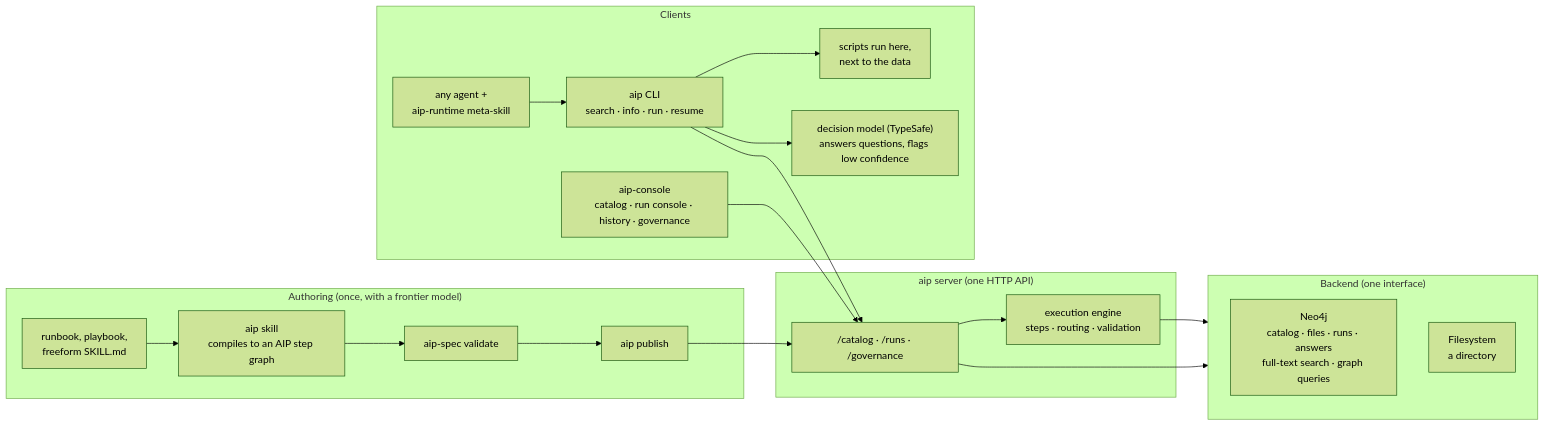
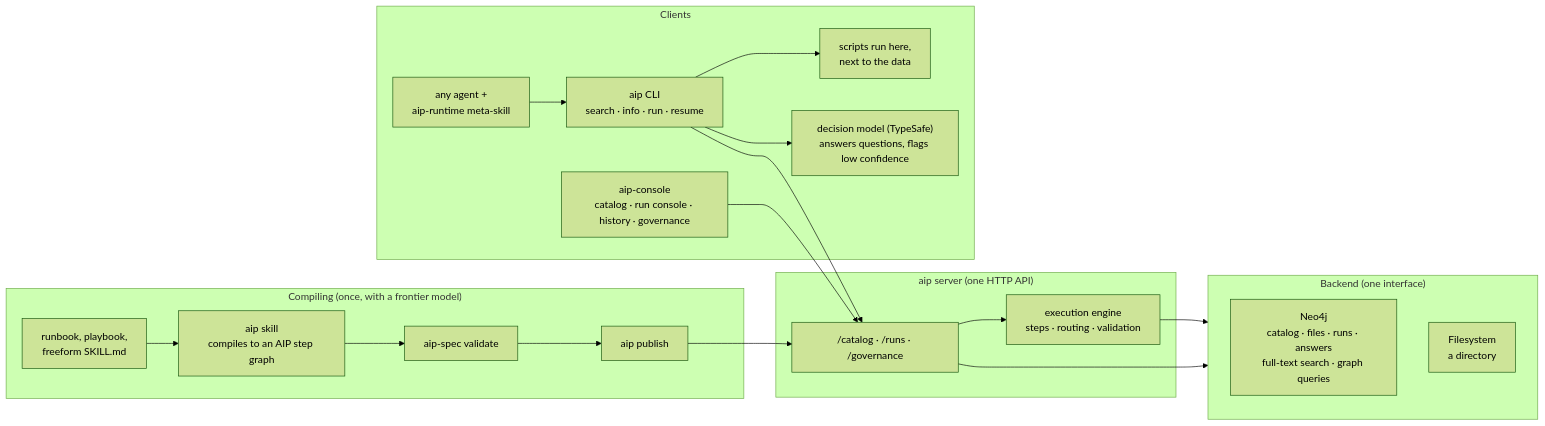
The diagram in README.md (zach-blumenfeld/aip), drawn with Mermaid (forest theme) before and after one commit. The commit also changed other lines of this file, not shown here.

First line of the commit message:
README: say compiling, not authoring, for what aip-compile does

````diff
--- a/README.md
+++ b/README.md
@@ -84,30 +84,30 @@
 ```mermaid
 flowchart LR
-    subgraph authoring["Authoring (once, with a frontier model)"]
+    subgraph compiling["Compiling (once, with a frontier model)"]
         doc["runbook, playbook,<br/>freeform SKILL.md"] --> skill["aip skill<br/>compiles to an AIP step graph"]
         skill --> validate["aip-spec validate"]
         validate --> publish["aip publish"]
     end
     subgraph clients["Clients"]
         agent["any agent +<br/>aip-runtime meta-skill"] --> cli["aip CLI<br/>search · info · run · resume"]
         insp["aip-console<br/>catalog · run console · history · governance"]
         scripts["scripts run here,<br/>next to the data"]
         model["decision model (TypeSafe)<br/>answers questions, flags low confidence"]
         cli --> scripts
         cli --> model
     end
     subgraph server["aip server (one HTTP API)"]
         api["/catalog · /runs · /governance"]
         engine["execution engine<br/>steps · routing · validation"]
         api --> engine
     end
     subgraph backend["Backend (one interface)"]
         neo["Neo4j<br/>catalog · files · runs · answers<br/>full-text search · graph queries"]
         fs["Filesystem<br/>a directory"]
     end
     publish --> api
     cli --> api
     insp --> api
     engine --> backend
     api --> backend
 ```
````
